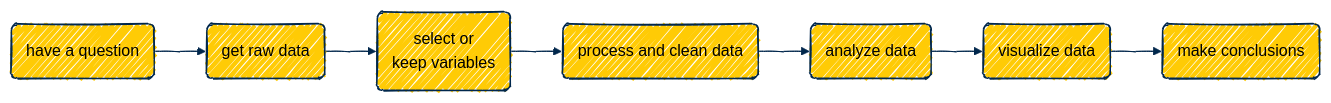
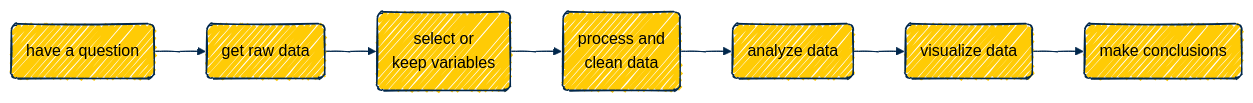
Before and after one commit to agrogan1/Stata: the diagram in do-files/README.md, drawn with Mermaid.

````diff
--- a/do-files/README.md
+++ b/do-files/README.md
@@ -3,26 +3,26 @@
 ```mermaid
 %%{
   init: {
     'theme': 'base',
     'look': 'handDrawn',
     'themeVariables': {
       'primaryColor': '#FFCB05',
       'primaryTextColor': '#000000',
       'primaryBorderColor': '#00274C',
       'lineColor': '#00274C',
       'secondaryColor': '#00274C',
       'secondaryTextColor': '#000000',
       'tertiaryColor': '#F2F2F2',
       'tertiaryBorderColor': '#00274C'
     }
   }
 }%%
 
 flowchart LR
   A(have a question) --> B(get raw data)
   B --> B2(select or <br>keep variables)
-  B2 --> C(process and clean data) 
+  B2 --> C(process and <br>clean data) 
   C --> D(analyze data)
   D --> E(visualize data)
   E --> F(make conclusions)
 ```
````
